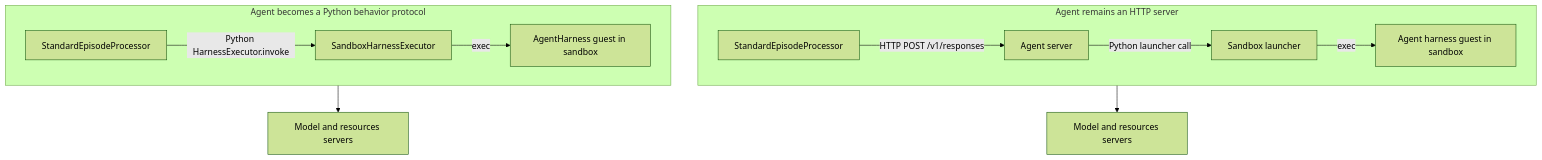
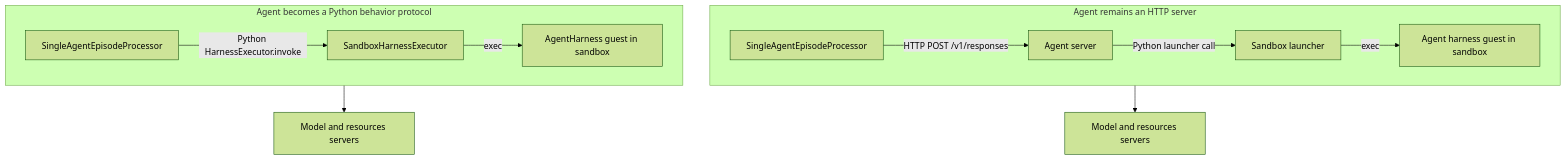
Diagram 12 of 13 in investigations/episode-orchestration-design.md (ananthsub/Gym), drawn with Mermaid (forest theme) before and after one commit. The commit also changed other lines of this file and 3 other files, not shown here.

Commit message:
docs(investigations): rebuild episode architecture proposal

````diff
--- a/investigations/episode-orchestration-design.md
+++ b/investigations/episode-orchestration-design.md
@@ -1376,18 +1811,18 @@
 ```mermaid
 flowchart TB
     subgraph ServerPath [Agent remains an HTTP server]
         direction LR
-        SP["StandardEpisodeProcessor"] -->|"HTTP POST /v1/responses"| AS["Agent server"]
+        SP["SingleAgentEpisodeProcessor"] -->|"HTTP POST /v1/responses"| AS["Agent server"]
         AS -->|"Python launcher call"| SL["Sandbox launcher"]
         SL -->|"exec"| SG["Agent harness guest in sandbox"]
     end
 
     subgraph ProtocolPath [Agent becomes a Python behavior protocol]
         direction LR
-        PP["StandardEpisodeProcessor"] -->|"Python HarnessExecutor.invoke"| EX["SandboxHarnessExecutor"]
+        PP["SingleAgentEpisodeProcessor"] -->|"Python HarnessExecutor.invoke"| EX["SandboxHarnessExecutor"]
         EX -->|"exec"| PG["AgentHarness guest in sandbox"]
     end
 
     SG --> MS1["Model and resources servers"]
     PG --> MS2["Model and resources servers"]
 ```
````
